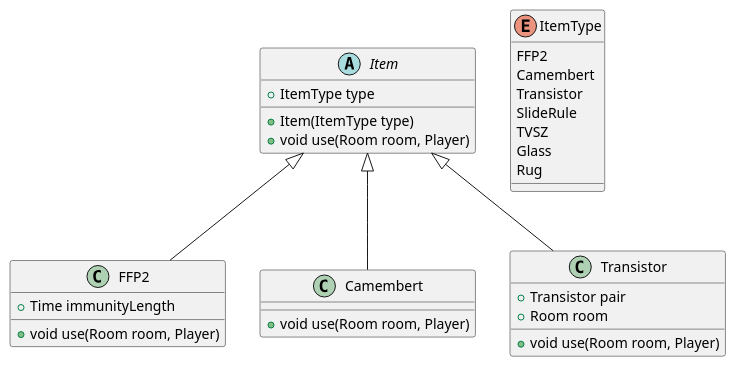
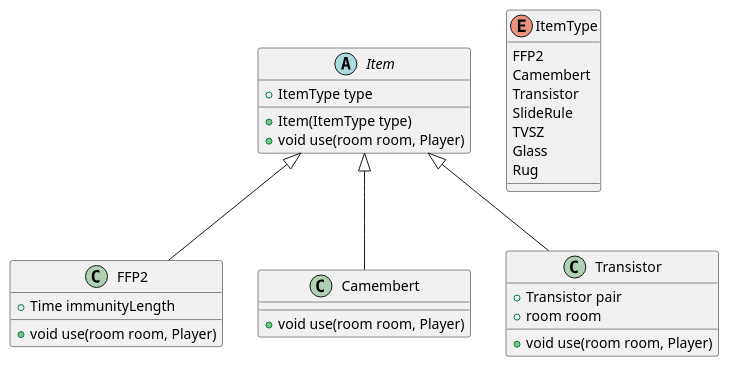
Before and after one commit to jajecnikmarci/ProjLab: the diagram in docs/items_split1.puml, drawn with PlantUML. The commit also changed 17 other files, not shown here.

```diff
--- a/docs/items_split1.puml
+++ b/docs/items_split1.puml
@@ -1,29 +1,29 @@
 abstract Item {
  + ItemType type
  + Item(ItemType type)
- + void use(Room room, Player)
+ + void use(room room, Player)
 }
 
 class FFP2 extends Item {
  + Time immunityLength
- + void use(Room room, Player)
+ + void use(room room, Player)
 }
 class Camembert extends Item {
- + void use(Room room, Player)
+ + void use(room room, Player)
 }
 class Transistor extends Item {
  + Transistor pair
- + Room room
- + void use(Room room, Player)
+ + room room
+ + void use(room room, Player)
 }
 
 
 enum ItemType {
     FFP2
     Camembert
     Transistor
     SlideRule
     TVSZ
     Glass
     Rug
 }
```
